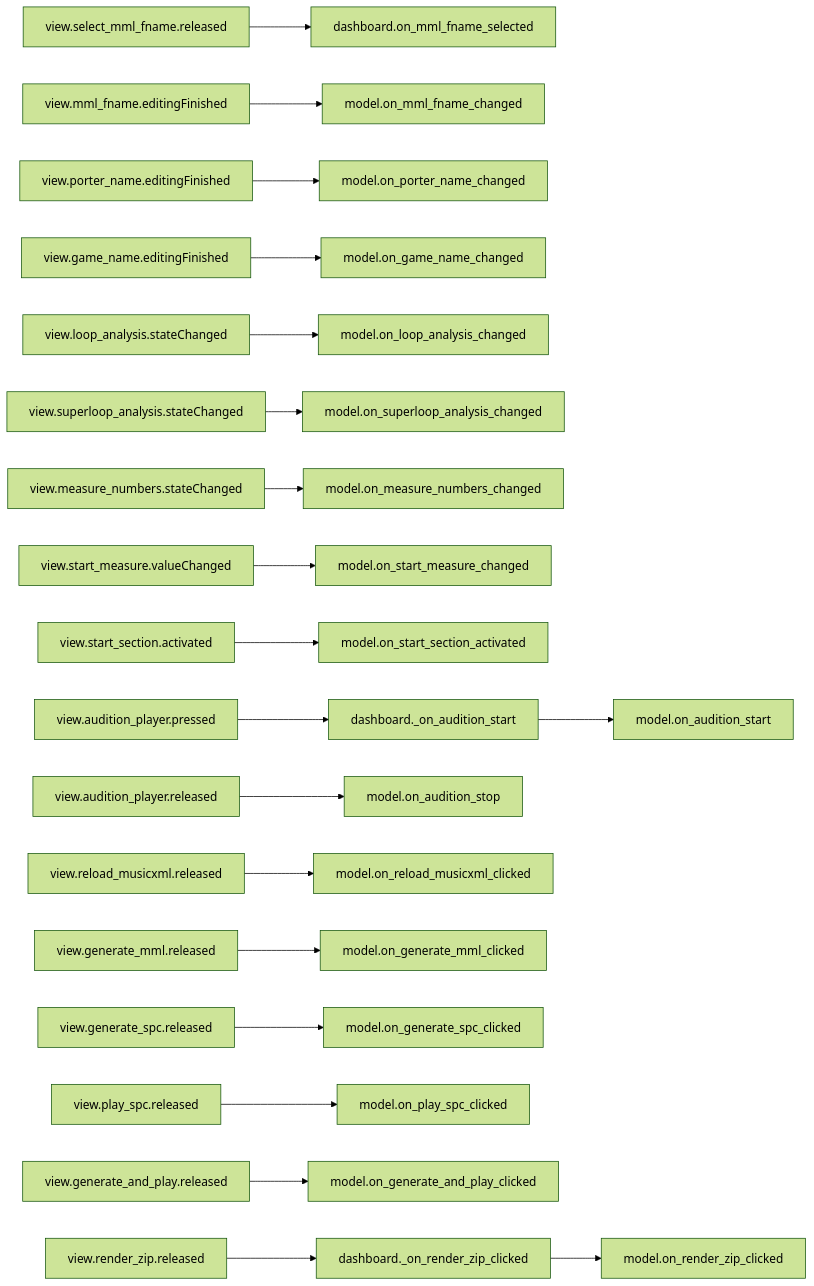
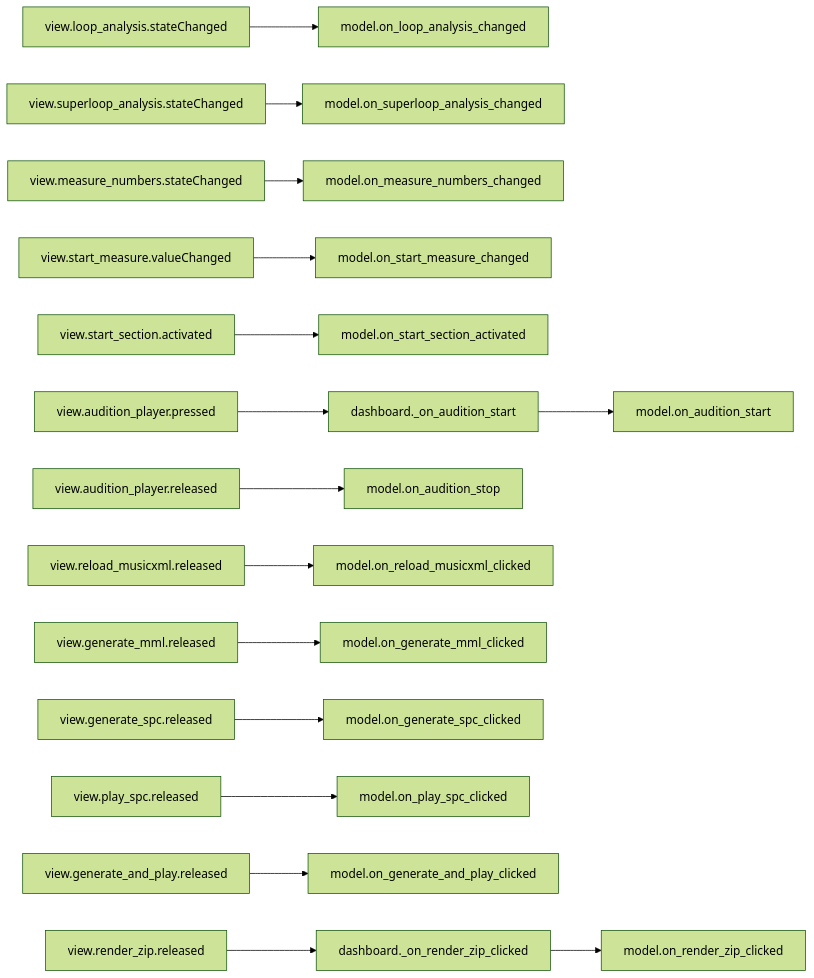
The third of 10 diagrams in doc/source/dashboard_signal_slot_map.rst (com-posers-pit/smw_music), drawn with Mermaid (forest theme) before and after one commit. The commit also changed 4 other files, not shown here.

```diff
--- a/doc/source/dashboard_signal_slot_map.rst
+++ b/doc/source/dashboard_signal_slot_map.rst
@@ -61,20 +61,16 @@
 .. mermaid::
 
    flowchart LR
-      view.select_mml_fname.released --> dashboard.on_mml_fname_selected
-      view.mml_fname.editingFinished --> model.on_mml_fname_changed
-      view.porter_name.editingFinished --> model.on_porter_name_changed
-      view.game_name.editingFinished --> model.on_game_name_changed
       view.loop_analysis.stateChanged --> model.on_loop_analysis_changed
       view.superloop_analysis.stateChanged --> model.on_superloop_analysis_changed
       view.measure_numbers.stateChanged --> model.on_measure_numbers_changed
       view.start_measure.valueChanged --> model.on_start_measure_changed
       view.start_section.activated --> model.on_start_section_activated
       view.audition_player.pressed --> dashboard._on_audition_start --> model.on_audition_start
       view.audition_player.released --> model.on_audition_stop
       view.reload_musicxml.released --> model.on_reload_musicxml_clicked
       view.generate_mml.released --> model.on_generate_mml_clicked
       view.generate_spc.released --> model.on_generate_spc_clicked
       view.play_spc.released --> model.on_play_spc_clicked
       view.generate_and_play.released --> model.on_generate_and_play_clicked
       view.render_zip.released --> dashboard._on_render_zip_clicked --> model.on_render_zip_clicked
```
